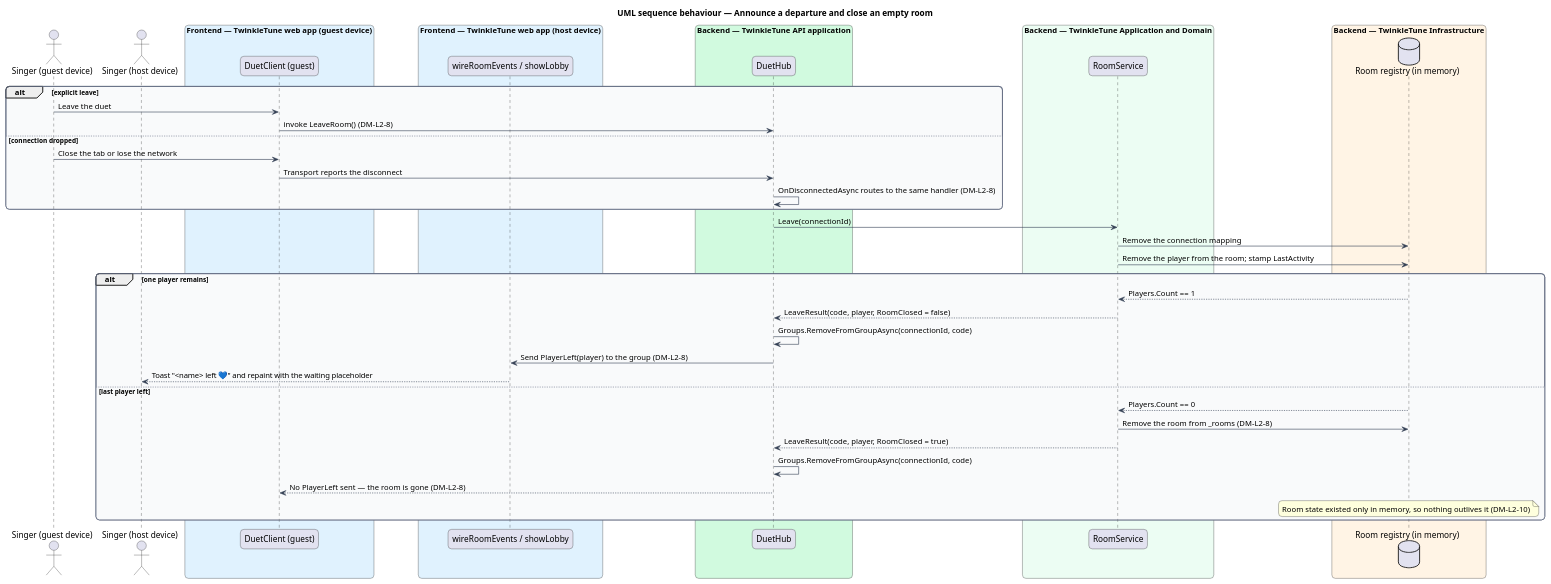
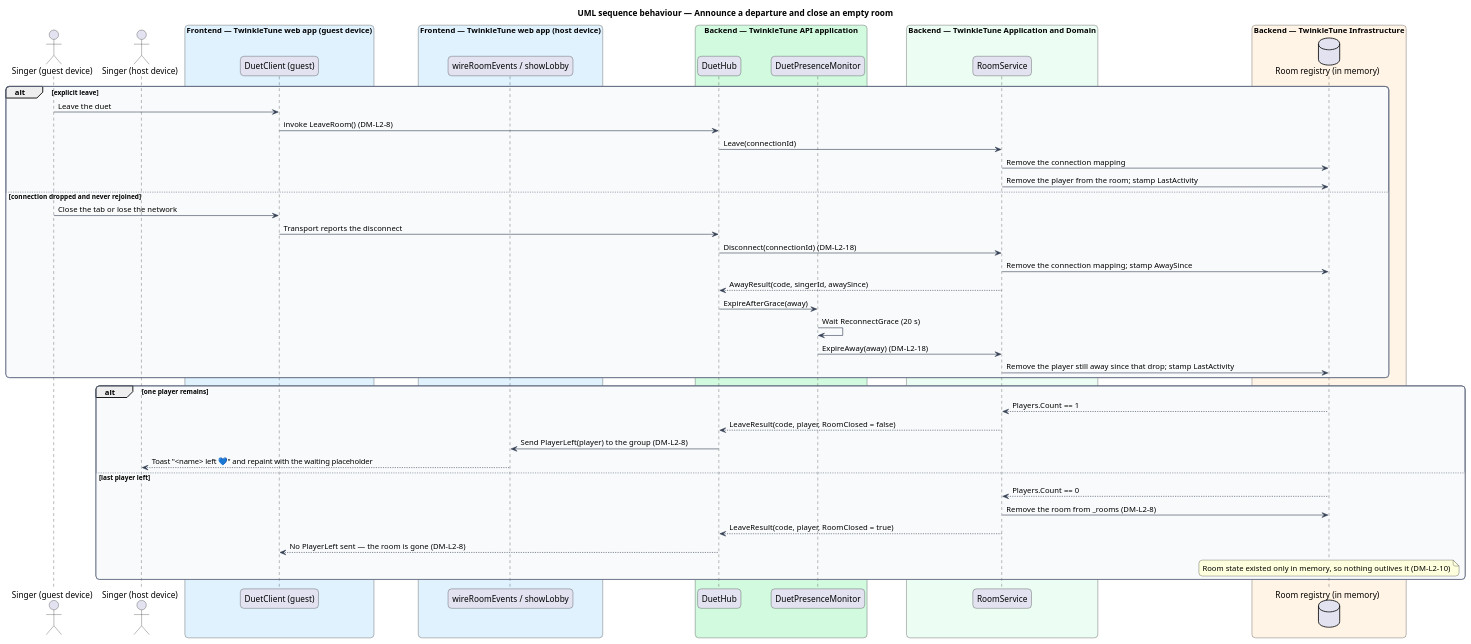
One commit to QuinntyneBrown/TwinkleTune changed the diagram in docs/detailed-designs/duet-multiplayer/manage-room-presence/diagrams/sequence-handle-departure.puml. Above: the diagram before and after it, drawn with PlantUML. The commit also changed 14 other files, not shown here.

First line of the commit message:
Hold a dropped duet singer's seat and let her rejoin

```diff
--- a/docs/detailed-designs/duet-multiplayer/manage-room-presence/diagrams/sequence-handle-departure.puml
+++ b/docs/detailed-designs/duet-multiplayer/manage-room-presence/diagrams/sequence-handle-departure.puml
@@ -1,60 +1,65 @@
 @startuml
 title UML sequence behaviour — Announce a departure and close an empty room
 skinparam backgroundColor #FFFFFF
 skinparam shadowing false
 skinparam roundcorner 12
 skinparam defaultFontName Arial
 skinparam ArrowColor #344054
 skinparam rectangle {
   BorderColor #344054
   FontColor #101828
 }
 skinparam package {
   BorderColor #667085
   FontColor #101828
   BackgroundColor #F9FAFB
 }
 actor "Singer (guest device)" as guest
 actor "Singer (host device)" as host
 box "Frontend — TwinkleTune web app (guest device)" #E0F2FE
   participant "DuetClient (guest)" as guestClient
 end box
 box "Frontend — TwinkleTune web app (host device)" #E0F2FE
   participant "wireRoomEvents / showLobby" as hostLobby
 end box
 box "Backend — TwinkleTune API application" #D1FADF
   participant "DuetHub" as hub
+  participant "DuetPresenceMonitor" as monitor
 end box
 box "Backend — TwinkleTune Application and Domain" #ECFDF3
   participant "RoomService" as service
 end box
 box "Backend — TwinkleTune Infrastructure" #FFF4E5
   database "Room registry (in memory)" as registry
 end box
 
 alt explicit leave
   guest -> guestClient : Leave the duet
   guestClient -> hub : invoke LeaveRoom() (DM-L2-8)
-else connection dropped
+  hub -> service : Leave(connectionId)
+  service -> registry : Remove the connection mapping
+  service -> registry : Remove the player from the room; stamp LastActivity
+else connection dropped and never rejoined
   guest -> guestClient : Close the tab or lose the network
   guestClient -> hub : Transport reports the disconnect
-  hub -> hub : OnDisconnectedAsync routes to the same handler (DM-L2-8)
+  hub -> service : Disconnect(connectionId) (DM-L2-18)
+  service -> registry : Remove the connection mapping; stamp AwaySince
+  service --> hub : AwayResult(code, singerId, awaySince)
+  hub -> monitor : ExpireAfterGrace(away)
+  monitor -> monitor : Wait ReconnectGrace (20 s)
+  monitor -> service : ExpireAway(away) (DM-L2-18)
+  service -> registry : Remove the player still away since that drop; stamp LastActivity
 end
-hub -> service : Leave(connectionId)
-service -> registry : Remove the connection mapping
-service -> registry : Remove the player from the room; stamp LastActivity
 alt one player remains
   registry --> service : Players.Count == 1
   service --> hub : LeaveResult(code, player, RoomClosed = false)
-  hub -> hub : Groups.RemoveFromGroupAsync(connectionId, code)
   hub -> hostLobby : Send PlayerLeft(player) to the group (DM-L2-8)
   hostLobby --> host : Toast "<name> left 💙" and repaint with the waiting placeholder
 else last player left
   registry --> service : Players.Count == 0
   service -> registry : Remove the room from _rooms (DM-L2-8)
   service --> hub : LeaveResult(code, player, RoomClosed = true)
-  hub -> hub : Groups.RemoveFromGroupAsync(connectionId, code)
   hub --> guestClient : No PlayerLeft sent — the room is gone (DM-L2-8)
   note over registry : Room state existed only in memory, so nothing outlives it (DM-L2-10)
 end
 @enduml
```
